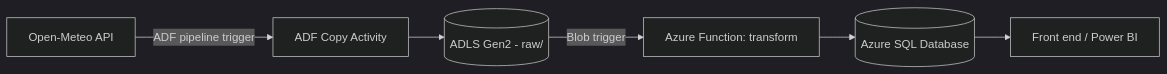
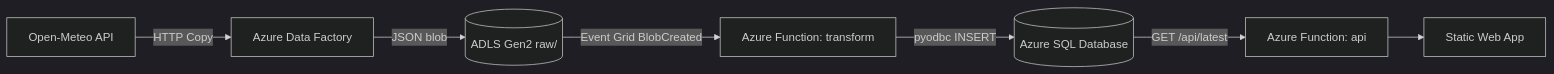
One commit to mohammed-taha-el-ahmar/azure-data-pipeline changed the second of 2 diagrams in docs/architecture.md. Above: the diagram before and after it, drawn with Mermaid (dark theme). The commit also changed other lines of this file and 32 other files, not shown here.

````diff
--- a/docs/architecture.md
+++ b/docs/architecture.md
@@ -16,8 +16,9 @@
 ```mermaid
 flowchart LR
-    A[Open-Meteo API] -->|ADF pipeline trigger| B[ADF Copy Activity]
-    B --> C[(ADLS Gen2 - raw/)]
-    C -->|Blob trigger| D[Azure Function: transform]
-    D --> E[(Azure SQL Database)]
-    E --> F[Front end / Power BI]
+    A[Open-Meteo API] -->|HTTP Copy| B[Azure Data Factory]
+    B -->|JSON blob| C[(ADLS Gen2 raw/)]
+    C -->|Event Grid BlobCreated| D[Azure Function: transform]
+    D -->|pyodbc INSERT| E[(Azure SQL Database)]
+    E -->|GET /api/latest| F[Azure Function: api]
+    F --> G[Static Web App]
 ```
````
